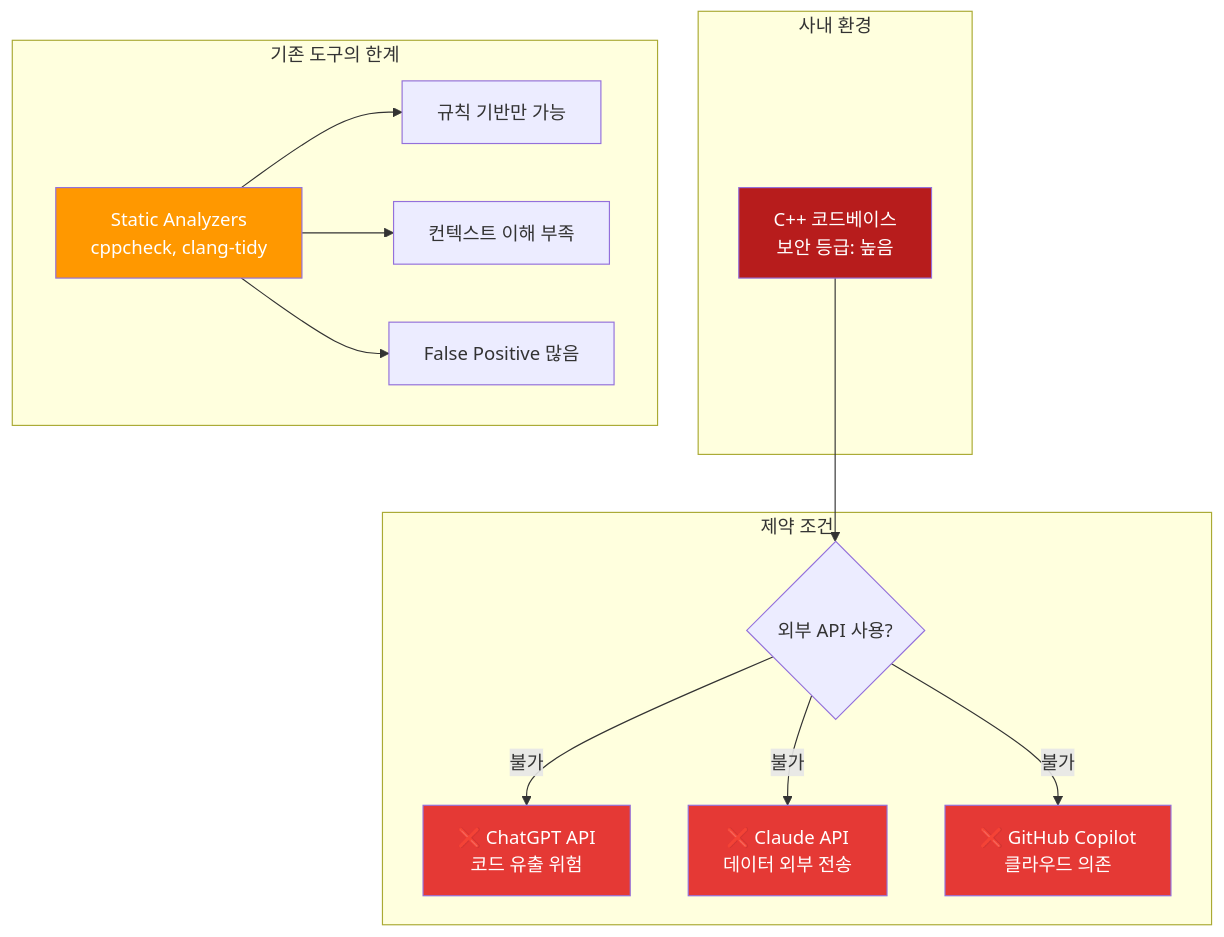
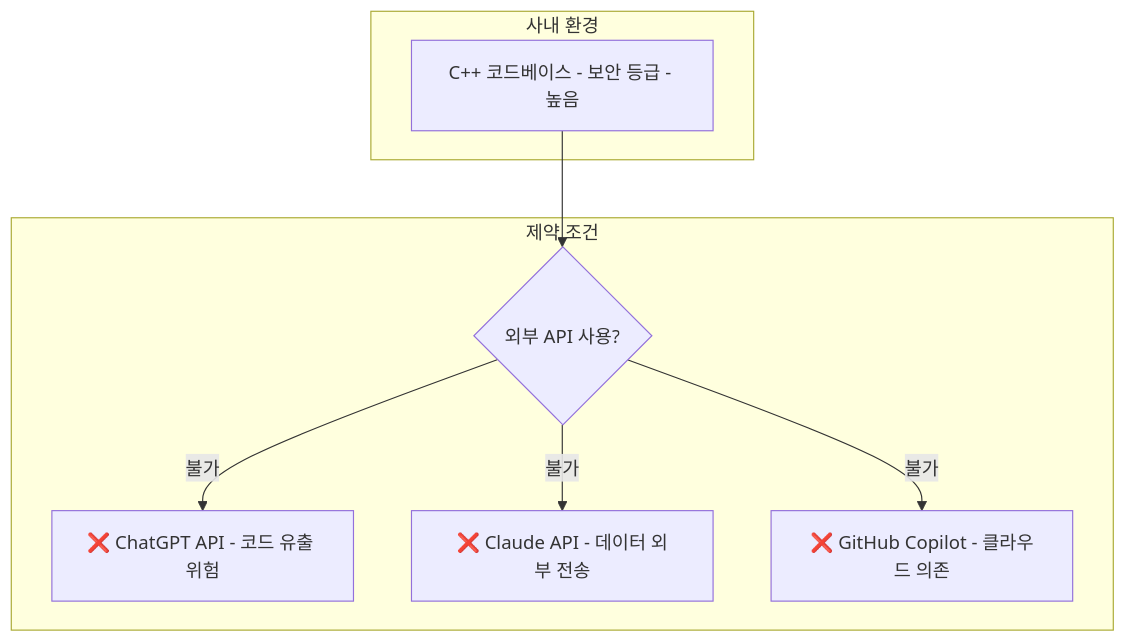
The first of 39 diagrams in PRESENTATION.md (ApeachM/llm-code-reviewer), drawn with Mermaid before and after one commit. The commit also changed other lines of this file, not shown here.

First line of the commit message:
fix: Replace special characters in Mermaid node labels for compatibility

````diff
--- a/PRESENTATION.md
+++ b/PRESENTATION.md
@@ -28,26 +28,14 @@
 ```mermaid
 graph TB
     subgraph "사내 환경"
-        Code[C++ 코드베이스<br/>보안 등급: 높음]
+        Code[C++ 코드베이스 - 보안 등급 - 높음]
     end
 
     subgraph "제약 조건"
         Code --> API{외부 API 사용?}
-        API -->|불가| ChatGPT[❌ ChatGPT API<br/>코드 유출 위험]
-        API -->|불가| Claude[❌ Claude API<br/>데이터 외부 전송]
-        API -->|불가| Copilot[❌ GitHub Copilot<br/>클라우드 의존]
+        API -->|불가| ChatGPT[❌ ChatGPT API - 코드 유출 위험]
+        API -->|불가| Claude[❌ Claude API - 데이터 외부 전송]
+        API -->|불가| Copilot[❌ GitHub Copilot - 클라우드 의존]
     end
-
-    subgraph "기존 도구의 한계"
-        Static[Static Analyzers<br/>cppcheck, clang-tidy]
-        Static --> Limit1[규칙 기반만 가능]
-        Static --> Limit2[컨텍스트 이해 부족]
-        Static --> Limit3[False Positive 많음]
-    end
-
-    style Code fill:#b71c1c,color:#fff
-    style ChatGPT fill:#e53935,color:#fff
-    style Claude fill:#e53935,color:#fff
-    style Copilot fill:#e53935,color:#fff
-    style Static fill:#ff9800,color:#fff
+    
 ```
````
